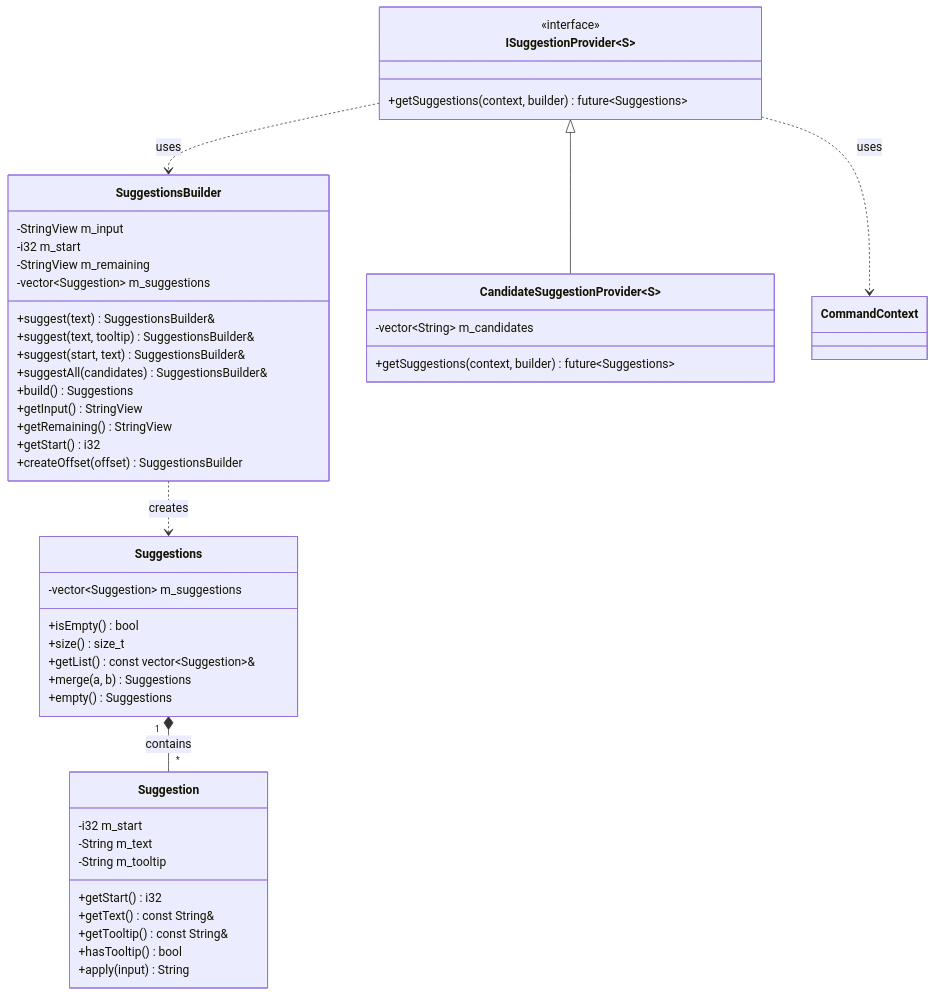
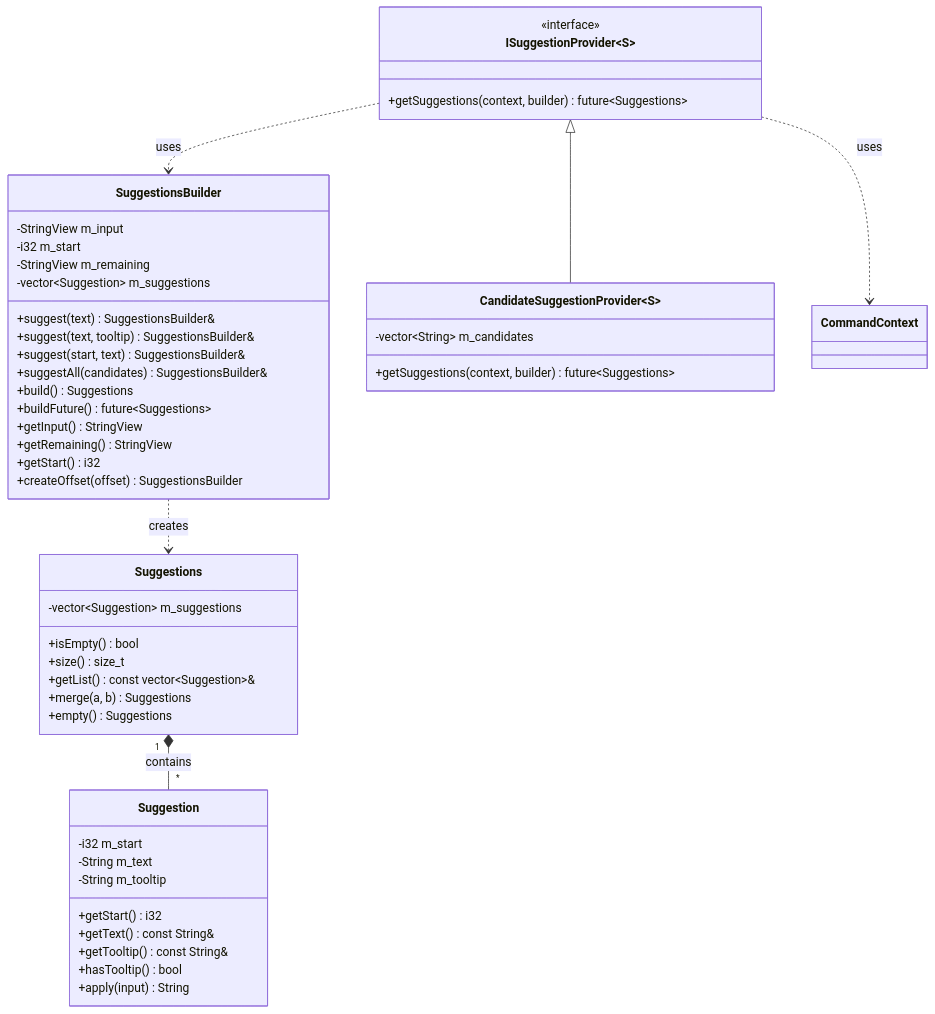
One commit to g122622/Cubium changed the first of 3 diagrams in src/common/command/suggestions/README.md. Above: the diagram before and after it, drawn with Mermaid. The commit also changed other lines of this file and 15 other files, not shown here.

````diff
--- a/src/common/command/suggestions/README.md
+++ b/src/common/command/suggestions/README.md
@@ -20,54 +20,55 @@
 ```mermaid
 classDiagram
     class Suggestion {
         -i32 m_start
         -String m_text
         -String m_tooltip
         +getStart() i32
         +getText() const String&
         +getTooltip() const String&
         +hasTooltip() bool
         +apply(input) String
     }
 
     class Suggestions {
         -vector~Suggestion~ m_suggestions
         +isEmpty() bool
         +size() size_t
         +getList() const vector~Suggestion~&
         +merge(a, b) Suggestions
         +empty() Suggestions
     }
 
     class SuggestionsBuilder {
         -StringView m_input
         -i32 m_start
         -StringView m_remaining
         -vector~Suggestion~ m_suggestions
         +suggest(text) SuggestionsBuilder&
         +suggest(text, tooltip) SuggestionsBuilder&
         +suggest(start, text) SuggestionsBuilder&
         +suggestAll(candidates) SuggestionsBuilder&
         +build() Suggestions
+        +buildFuture() future~Suggestions~
         +getInput() StringView
         +getRemaining() StringView
         +getStart() i32
         +createOffset(offset) SuggestionsBuilder
     }
 
     class ISuggestionProvider~S~ {
         <<interface>>
         +getSuggestions(context, builder) future~Suggestions~
     }
 
     class CandidateSuggestionProvider~S~ {
         -vector~String~ m_candidates
         +getSuggestions(context, builder) future~Suggestions~
     }
 
     Suggestions "1" *-- "*" Suggestion : contains
     SuggestionsBuilder ..> Suggestions : creates
     ISuggestionProvider <|-- CandidateSuggestionProvider
     ISuggestionProvider ..> CommandContext : uses
     ISuggestionProvider ..> SuggestionsBuilder : uses
 ```
````
